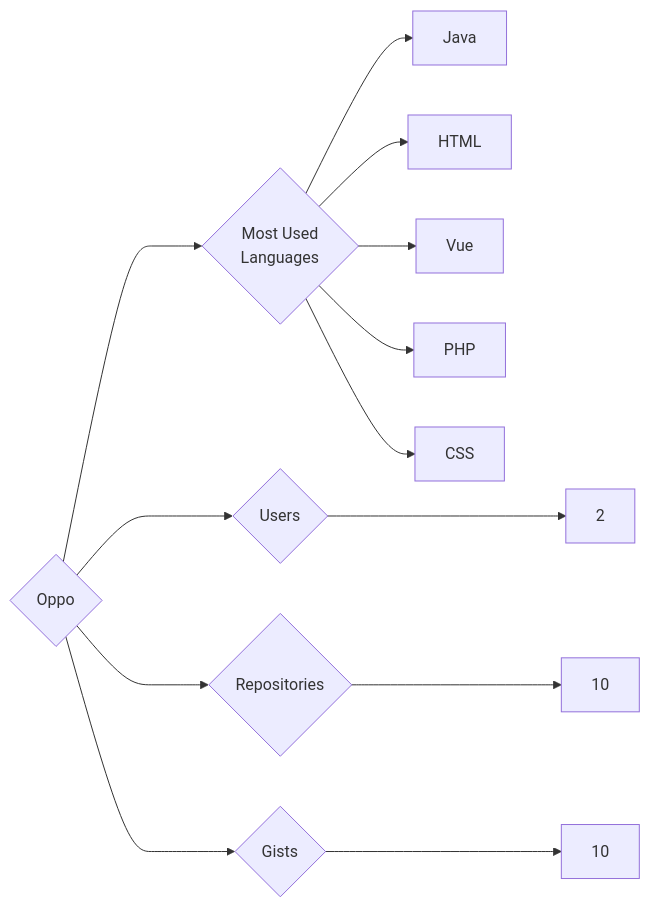
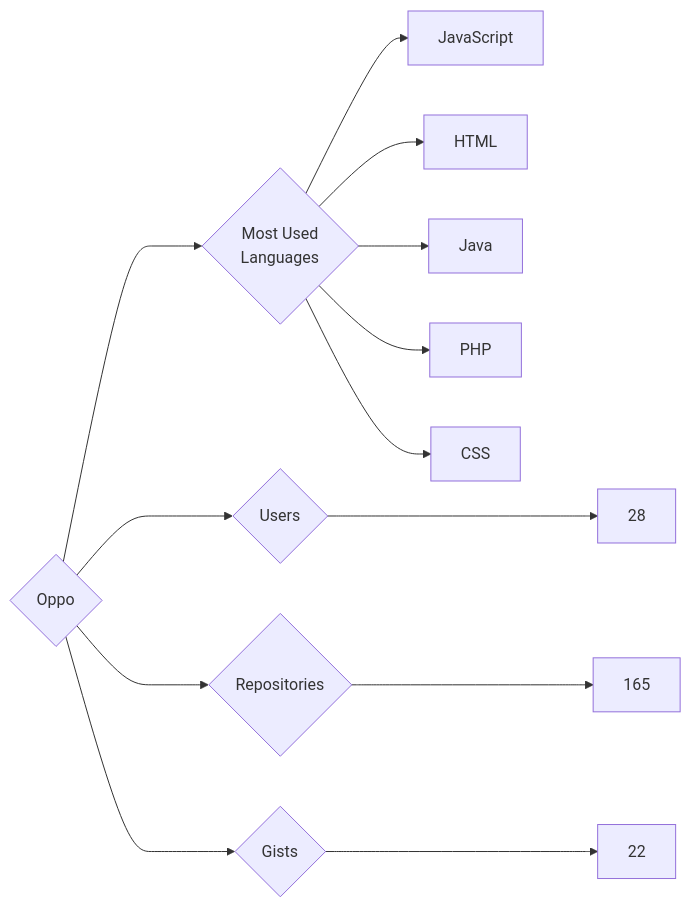
One commit to trickest/insiders changed the diagram in targets/Oppo/README.md. Above: the diagram before and after it, drawn with Mermaid. The commit also changed 839 other files, not shown here.

````diff
--- a/targets/Oppo/README.md
+++ b/targets/Oppo/README.md
@@ -3,13 +3,13 @@
 ```mermaid
 graph LR
 COMPANY_NAME{Oppo}
-COMPANY_NAME ---> U{Users} ---> UN[2]
-COMPANY_NAME ---> R{Repositories} ---> RN[10]
-COMPANY_NAME ---> G{Gists} ---> GN[10]
+COMPANY_NAME ---> U{Users} ---> UN[28]
+COMPANY_NAME ---> R{Repositories} ---> RN[165]
+COMPANY_NAME ---> G{Gists} ---> GN[22]
 COMPANY_NAME ---> ML{Most Used<br>Languages}
+ML --> JavaScript[JavaScript]
+ML --> HTML[HTML]
 ML --> Java[Java]
-ML --> HTML[HTML]
-ML --> Vue[Vue]
 ML --> PHP[PHP]
 ML --> CSS[CSS]
 ```
````
